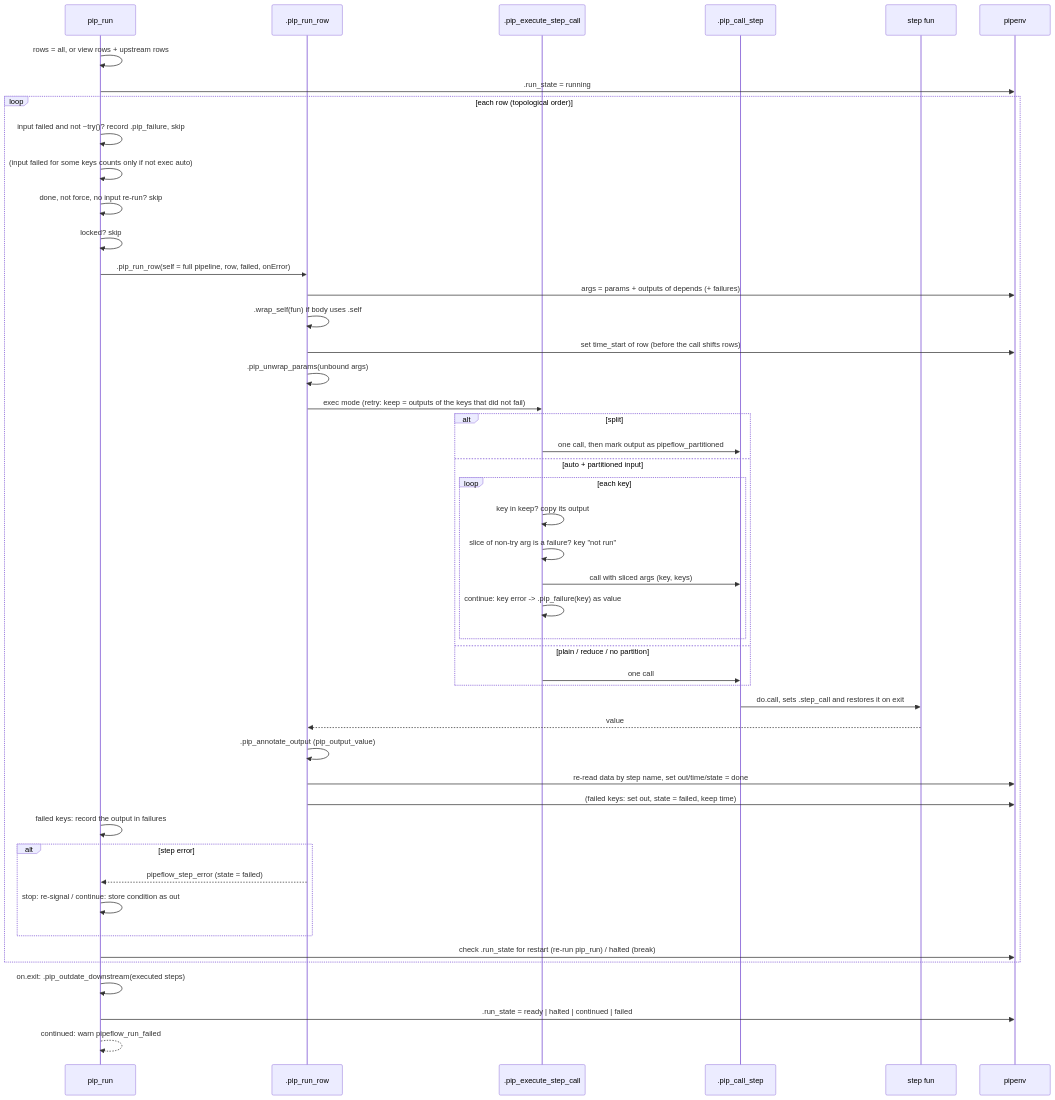
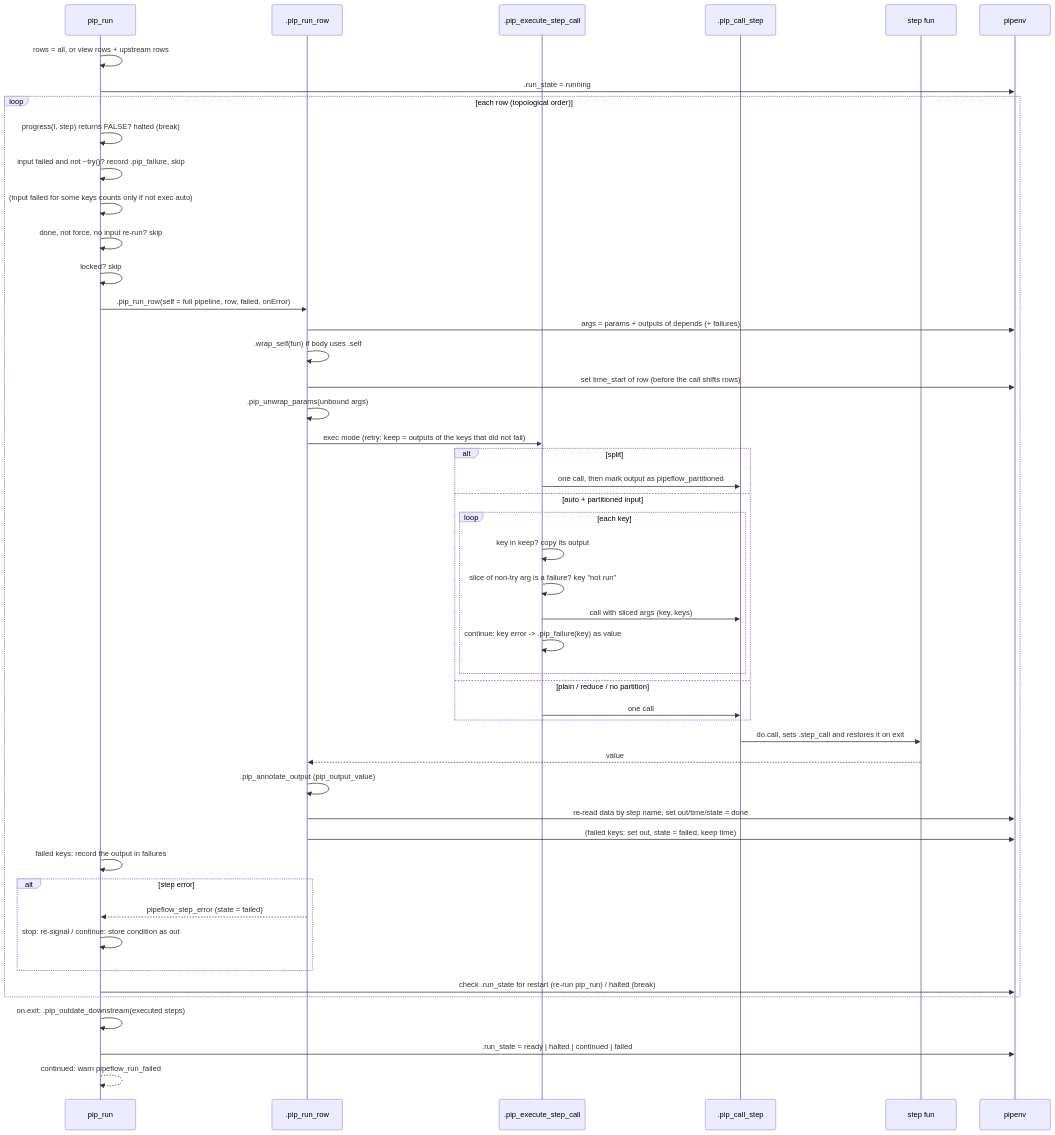
The sixth of 8 diagrams in dev/pipeflow.md (rpahl/pipeflow), drawn with Mermaid before and after one commit. The commit also changed other lines of this file and 5 other files, not shown here.

````diff
--- a/dev/pipeflow.md
+++ b/dev/pipeflow.md
@@ -356,50 +356,51 @@
 ```mermaid
 sequenceDiagram
     participant R as pip_run
     participant RR as .pip_run_row
     participant X as .pip_execute_step_call
     participant C as .pip_call_step
     participant F as step fun
     participant E as pipenv
 
     R->>R: rows = all, or view rows + upstream rows
     R->>E: .run_state = running
     loop each row (topological order)
+        R->>R: progress(i, step) returns FALSE? halted (break)
         R->>R: input failed and not ~try()? record .pip_failure, skip
         R->>R: (input failed for some keys counts only if not exec auto)
         R->>R: done, not force, no input re-run? skip
         R->>R: locked? skip
         R->>RR: .pip_run_row(self = full pipeline, row, failed, onError)
         RR->>E: args = params + outputs of depends (+ failures)
         RR->>RR: .wrap_self(fun) if body uses .self
         RR->>E: set time_start of row (before the call shifts rows)
         RR->>RR: .pip_unwrap_params(unbound args)
         RR->>X: exec mode (retry: keep = outputs of the keys that did not fail)
         alt split
             X->>C: one call, then mark output as pipeflow_partitioned
         else auto + partitioned input
             loop each key
                 X->>X: key in keep? copy its output
                 X->>X: slice of non-try arg is a failure? key "not run"
                 X->>C: call with sliced args (key, keys)
                 X->>X: continue: key error -> .pip_failure(key) as value
             end
         else plain / reduce / no partition
             X->>C: one call
         end
         C->>F: do.call, sets .step_call and restores it on exit
         F-->>RR: value
         RR->>RR: .pip_annotate_output (pip_output_value)
         RR->>E: re-read data by step name, set out/time/state = done
         RR->>E: (failed keys: set out, state = failed, keep time)
         R->>R: failed keys: record the output in failures
         alt step error
             RR-->>R: pipeflow_step_error (state = failed)
             R->>R: stop: re-signal / continue: store condition as out
         end
         R->>E: check .run_state for restart (re-run pip_run) / halted (break)
     end
     R->>R: on.exit: .pip_outdate_downstream(executed steps)
     R->>E: .run_state = ready | halted | continued | failed
     R-->>R: continued: warn pipeflow_run_failed
 ```
````
